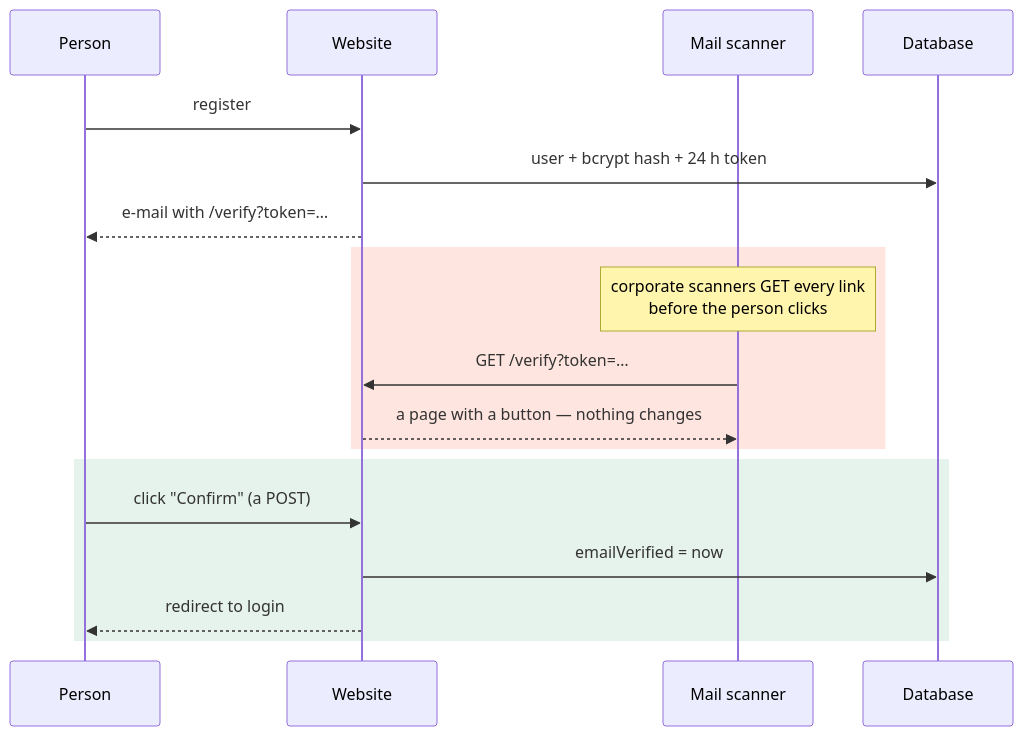
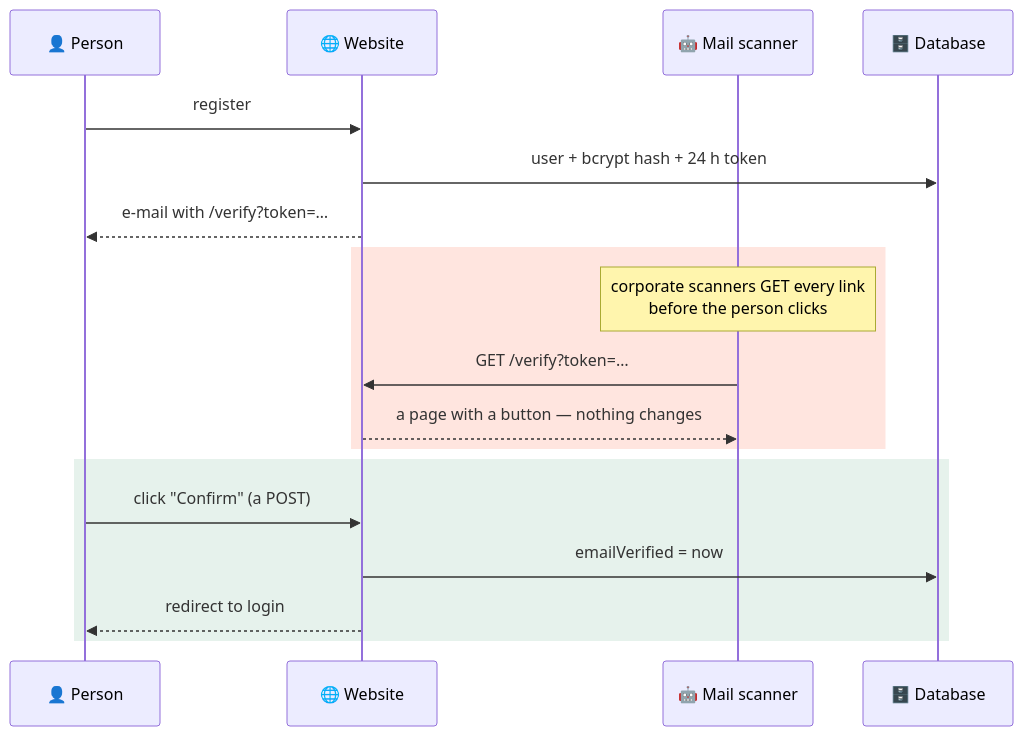
The first of 4 diagrams in docs/walkthrough/08-authentication-and-accounts.md (McMaster-Battery-Research-Group/battery-soc-benchmark), drawn with Mermaid before and after one commit. The commit also changed other lines of this file and 38 other files, not shown here.

Commit message:
Walkthrough: consistent icon system (icon key, part and section icons, diagram labels) + tool/company logos

````diff
--- a/docs/walkthrough/08-authentication-and-accounts.md
+++ b/docs/walkthrough/08-authentication-and-accounts.md
@@ -9,21 +9,21 @@
 ```mermaid
 sequenceDiagram
-    participant P as Person
-    participant W as Website
-    participant M as Mail scanner
-    participant DB as Database
+    participant P as 👤 Person
+    participant W as 🌐 Website
+    participant M as 🤖 Mail scanner
+    participant DB as 🗄️ Database
 
     P->>W: register
     W->>DB: user + bcrypt hash + 24 h token
     W-->>P: e-mail with /verify?token=…
     rect rgb(255,229,223)
     Note over M: corporate scanners GET every link<br/>before the person clicks
     M->>W: GET /verify?token=…
     W-->>M: a page with a button — nothing changes
     end
     rect rgb(230,242,236)
     P->>W: click "Confirm" (a POST)
     W->>DB: emailVerified = now
     W-->>P: redirect to login
     end
 ```
````
